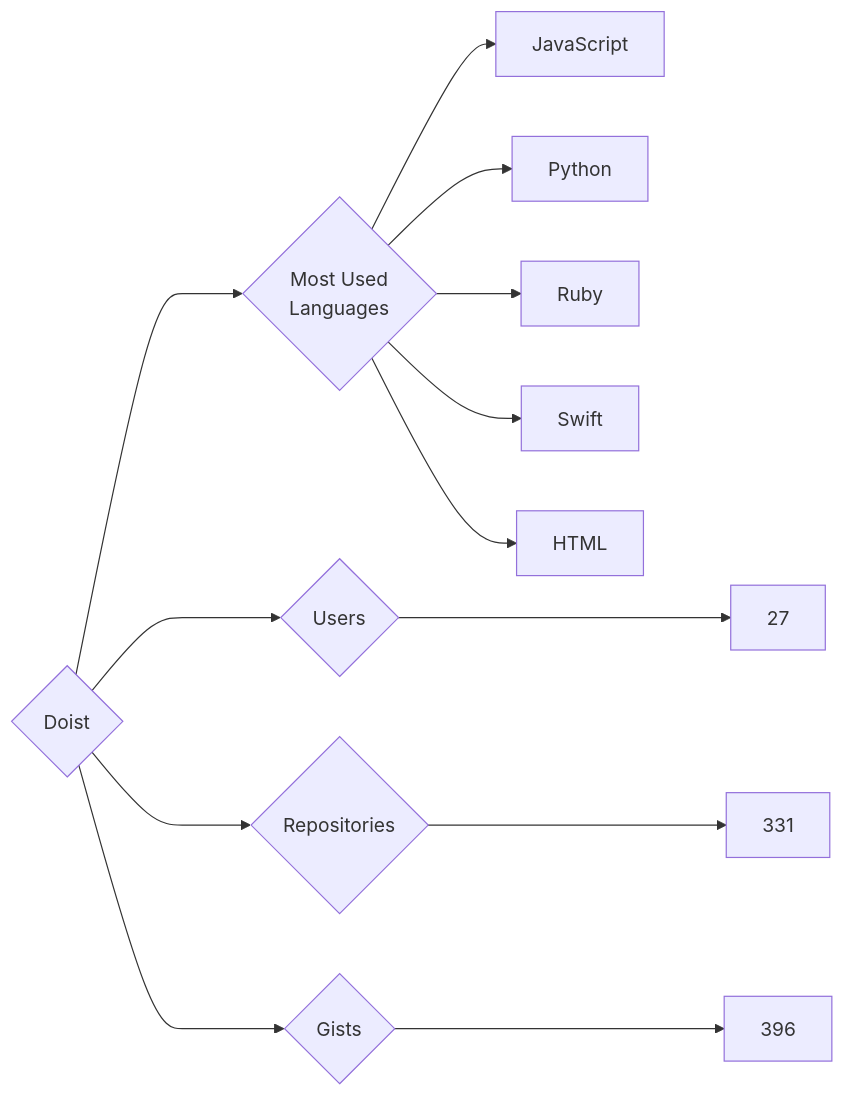
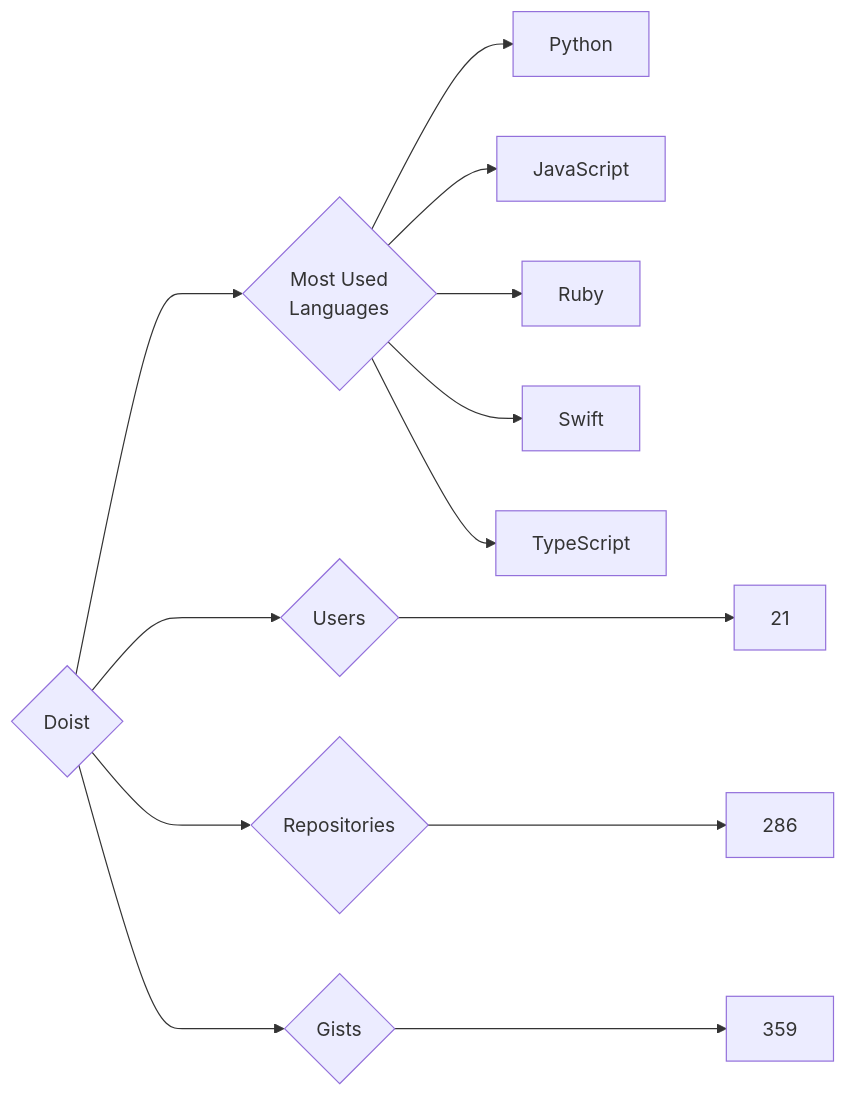
One commit to trickest/insiders changed the diagram in targets/Doist/README.md. Above: the diagram before and after it, drawn with Mermaid. The commit also changed 872 other files, not shown here.

````diff
--- a/targets/Doist/README.md
+++ b/targets/Doist/README.md
@@ -3,13 +3,13 @@
 ```mermaid
 graph LR
 COMPANY_NAME{Doist}
-COMPANY_NAME ---> U{Users} ---> UN[27]
-COMPANY_NAME ---> R{Repositories} ---> RN[331]
-COMPANY_NAME ---> G{Gists} ---> GN[396]
+COMPANY_NAME ---> U{Users} ---> UN[21]
+COMPANY_NAME ---> R{Repositories} ---> RN[286]
+COMPANY_NAME ---> G{Gists} ---> GN[359]
 COMPANY_NAME ---> ML{Most Used<br>Languages}
+ML --> Python[Python]
 ML --> JavaScript[JavaScript]
-ML --> Python[Python]
 ML --> Ruby[Ruby]
 ML --> Swift[Swift]
-ML --> HTML[HTML]
+ML --> TypeScript[TypeScript]
 ```
````
